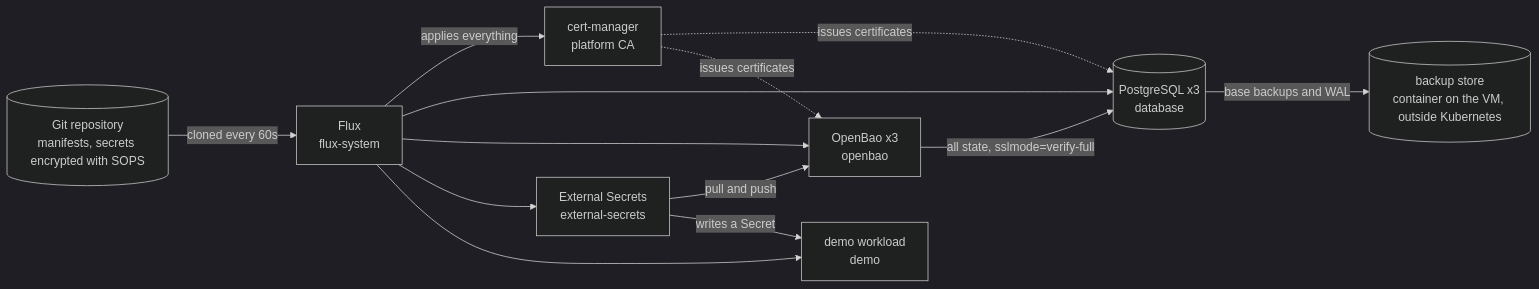
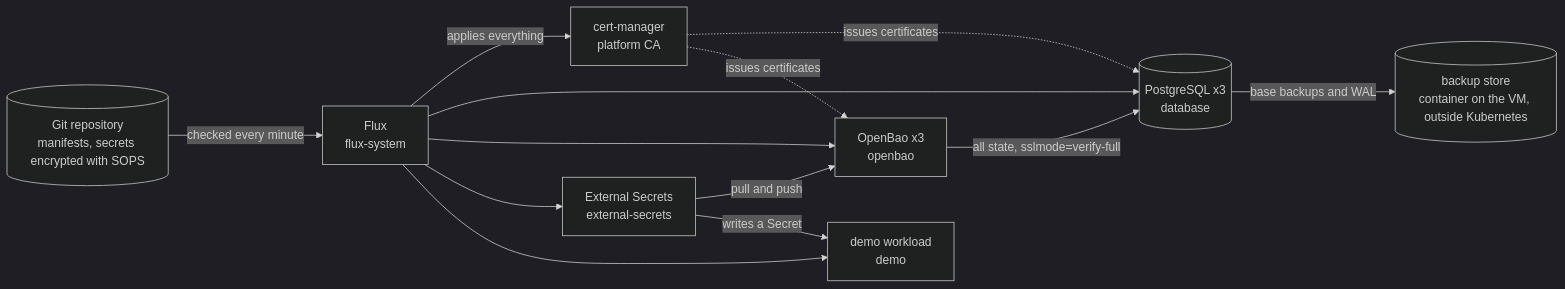
Before and after one commit to Hamidhrf/openbao-gitops-platform: the first of 3 diagrams in README.md, drawn with Mermaid (dark theme). The commit also changed other lines of this file and 10 other files, not shown here.

````diff
--- a/README.md
+++ b/README.md
@@ -13,24 +11,24 @@
 ```mermaid
 flowchart LR
   GIT[("Git repository<br/>manifests, secrets encrypted with SOPS")]
   FLUX["Flux<br/>flux-system"]
   CM["cert-manager<br/>platform CA"]
   PG[("PostgreSQL x3<br/>database")]
   OB["OpenBao x3<br/>openbao"]
   ESO["External Secrets<br/>external-secrets"]
   APP["demo workload<br/>demo"]
   BS[("backup store<br/>container on the VM, outside Kubernetes")]
 
-  GIT -- "cloned every 60s" --> FLUX
+  GIT -- "checked every minute" --> FLUX
   FLUX -- "applies everything" --> CM
   FLUX --> PG
   FLUX --> OB
   FLUX --> ESO
   FLUX --> APP
   CM -. "issues certificates" .-> PG
   CM -. "issues certificates" .-> OB
   OB -- "all state, sslmode=verify-full" --> PG
   PG -- "base backups and WAL" --> BS
   ESO -- "pull and push" --> OB
   ESO -- "writes a Secret" --> APP
 ```
````
